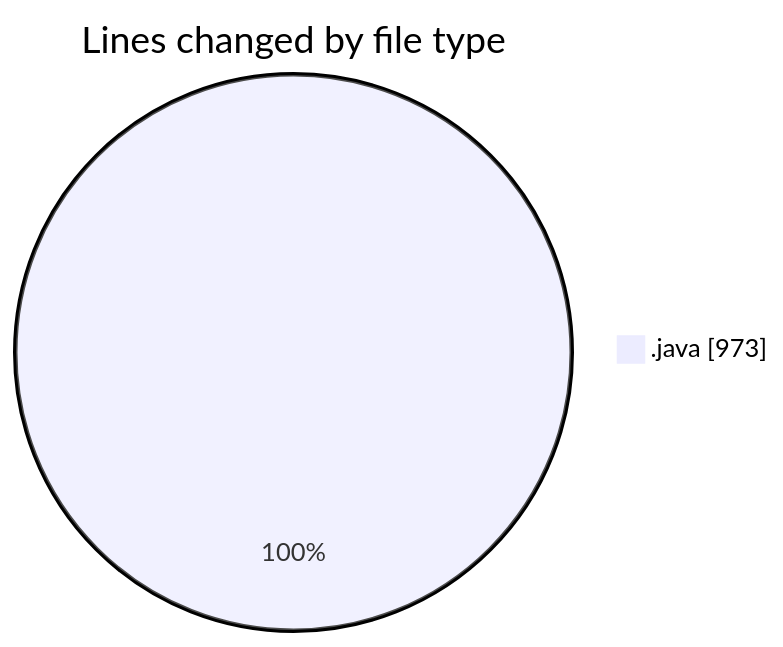
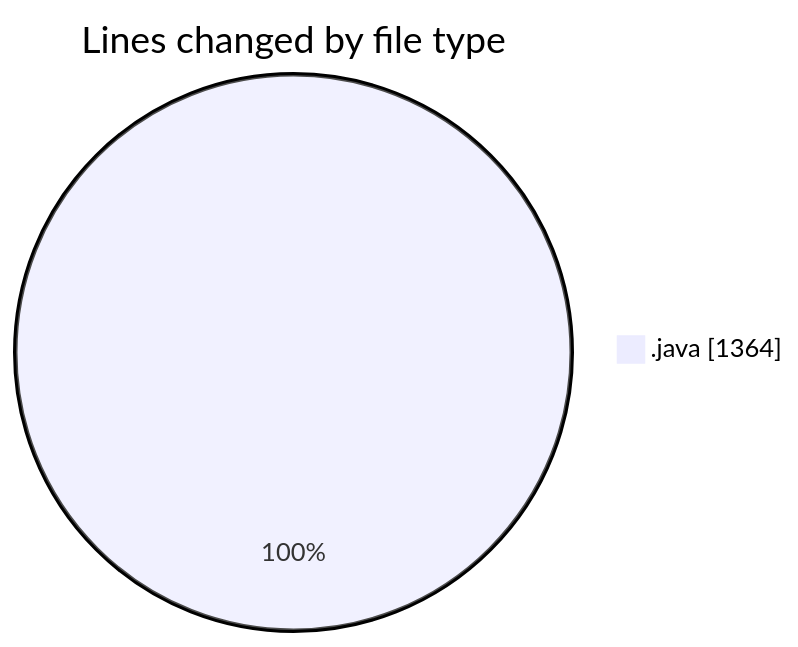
The first of 2 diagrams in 2026-03-16/cilofertascomerciales/README.md (ricardozamudiocil/code-tracking), drawn with Mermaid before and after one commit. The commit also changed other lines of this file and 1 other file, not shown here.

````diff
--- a/2026-03-16/cilofertascomerciales/README.md
+++ b/2026-03-16/cilofertascomerciales/README.md
@@ -20,5 +22,5 @@
 ```mermaid
 pie showData
 title Lines changed by file type
-".java" : 973
+".java" : 1364
 ```
````
